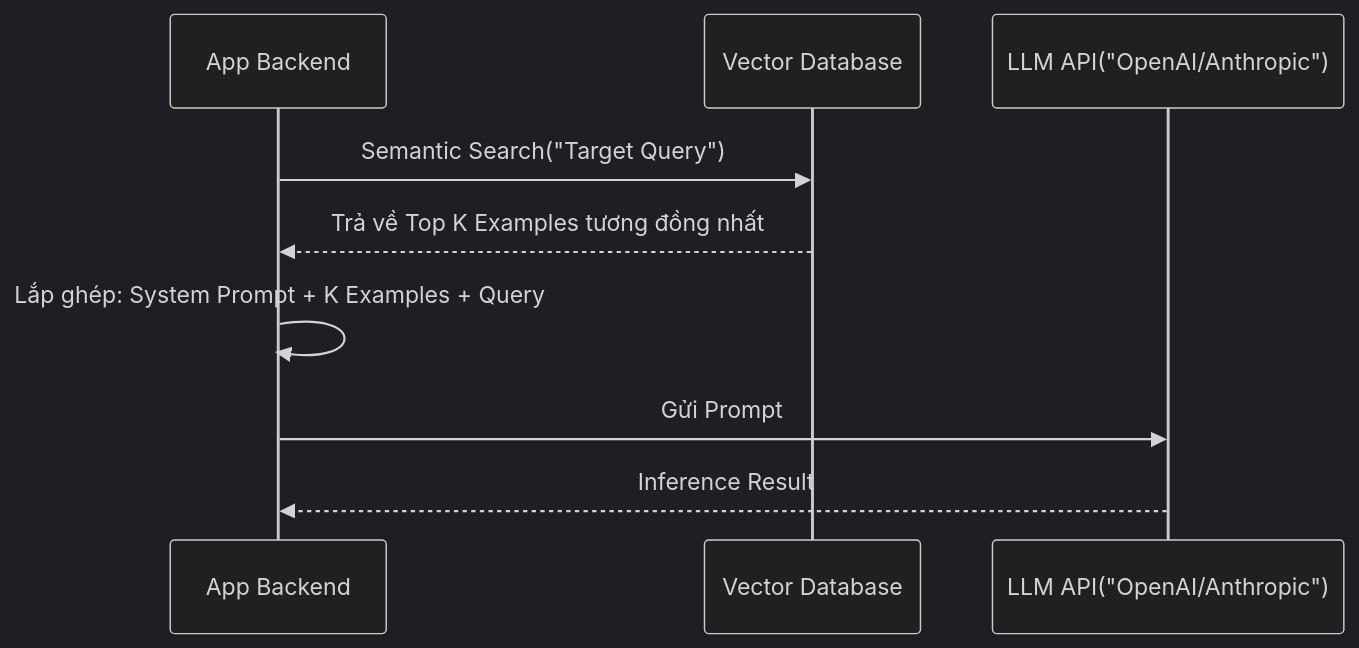
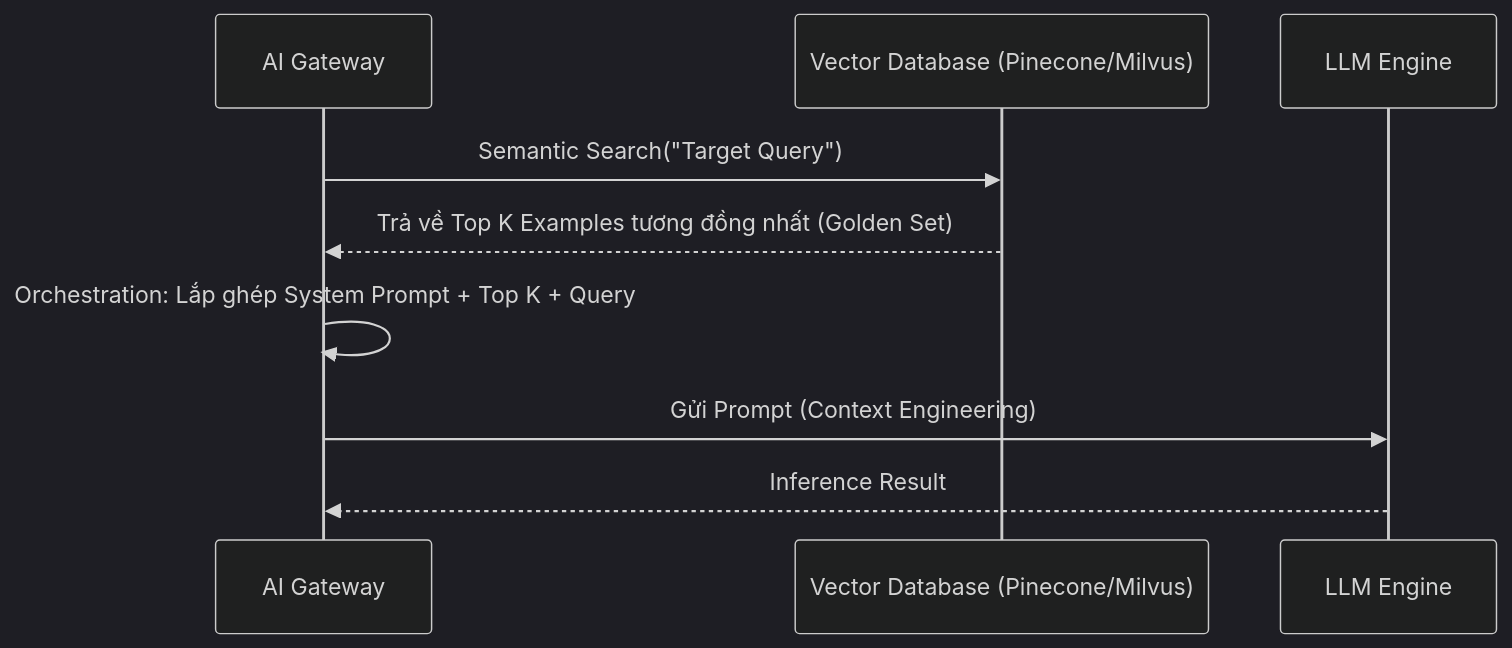
One commit to kythuatdulieu/kythuatdulieu.github.io changed the second of 2 diagrams in src/content/docs/concepts/9-genai-machine-learning/few-shot.md. Above: the diagram before and after it, drawn with Mermaid (dark theme). The commit also changed other lines of this file and 228 other files, not shown here.

Commit message:
Fix syntax and rewrite 200+ concepts docs to deep-dive system architecture and add GA4 tracking to quiz app

````diff
--- a/src/content/docs/concepts/9-genai-machine-learning/few-shot.md
+++ b/src/content/docs/concepts/9-genai-machine-learning/few-shot.md
@@ -53,12 +53,12 @@
 ```mermaid
 sequenceDiagram
-    participant App as App Backend
-    participant VDB as Vector Database
-    participant LLM as LLM API("OpenAI/Anthropic")
+    participant App as AI Gateway
+    participant VDB as Vector Database (Pinecone/Milvus)
+    participant LLM as LLM Engine
     
     App->>VDB: Semantic Search("Target Query")
-    VDB-->>App: Trả về Top K Examples tương đồng nhất
-    App->>App: Lắp ghép: System Prompt + K Examples + Query
-    App->>LLM: Gửi Prompt
+    VDB-->>App: Trả về Top K Examples tương đồng nhất (Golden Set)
+    App->>App: Orchestration: Lắp ghép System Prompt + Top K + Query
+    App->>LLM: Gửi Prompt (Context Engineering)
     LLM-->>App: Inference Result
 ```
````
